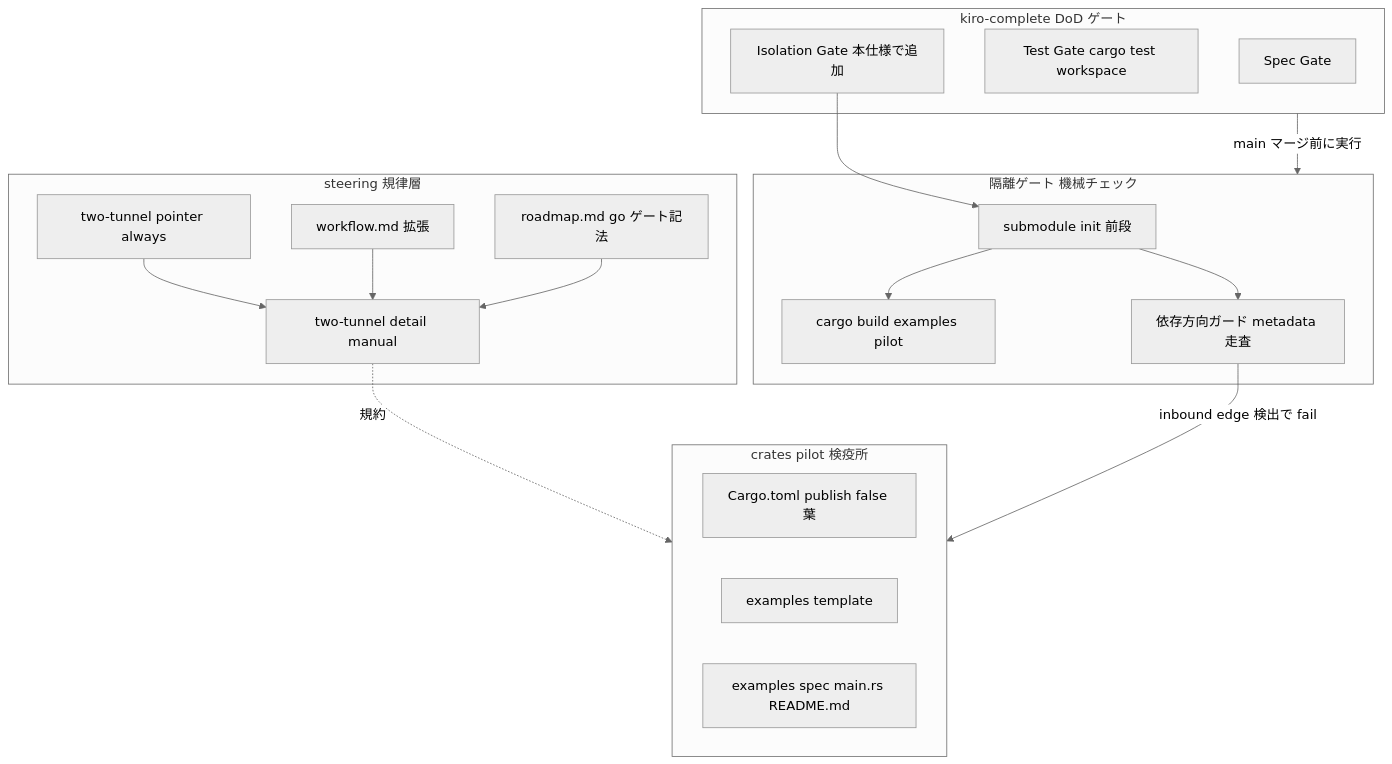
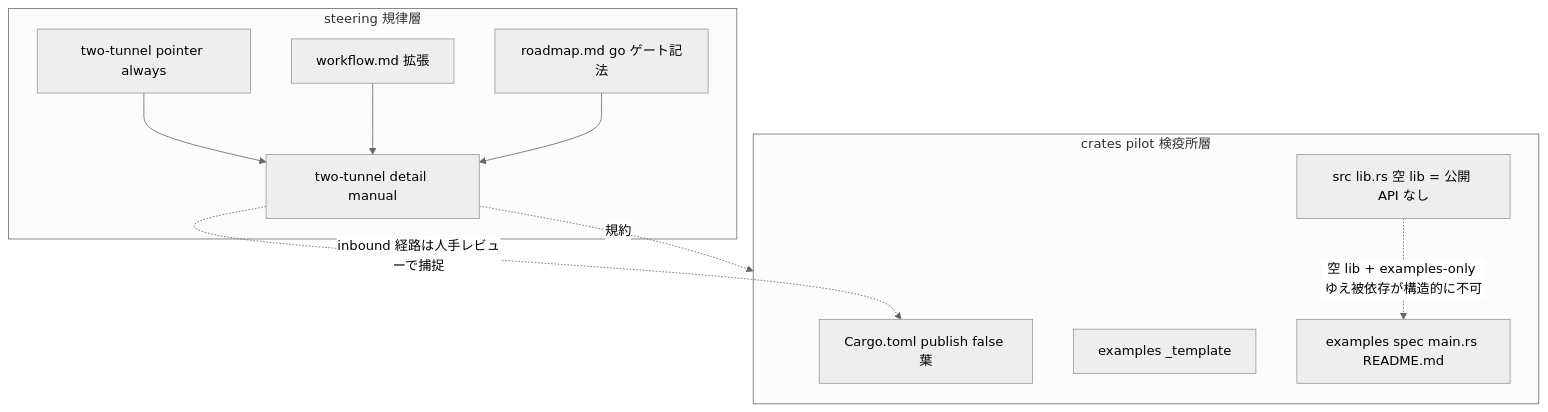
Before and after one commit to ekicyou/areka: the first of 2 diagrams in .kiro/specs/kiro-P0-two-tunnel-model/design.md, drawn with Mermaid (neutral theme). The commit also changed other lines of this file and 2 other files, not shown here.

First line of the commit message:
docs(kiro-P0-two-tunnel-model): resolve design discussion #1 - descope machine gate to structural isolation (Light path)

````diff
--- a/.kiro/specs/kiro-P0-two-tunnel-model/design.md
+++ b/.kiro/specs/kiro-P0-two-tunnel-model/design.md
@@ -105,34 +108,22 @@
 ```mermaid
 graph TB
     subgraph Steering[steering 規律層]
         Pointer[two-tunnel pointer always]
         Detail[two-tunnel detail manual]
         Workflow[workflow.md 拡張]
         Roadmap[roadmap.md go ゲート記法]
     end
-    subgraph Pilot[crates pilot 検疫所]
+    subgraph Pilot[crates pilot 検疫所層]
         Cargo[Cargo.toml publish false 葉]
-        Template[examples template]
+        Lib[src lib.rs 空 lib = 公開 API なし]
+        Template[examples _template]
         SpecDir[examples spec main.rs README.md]
-    end
-    subgraph Gate[隔離ゲート 機械チェック]
-        Submodule[submodule init 前段]
-        Build[cargo build examples pilot]
-        Guard[依存方向ガード metadata 走査]
-    end
-    subgraph Complete[kiro-complete DoD ゲート]
-        SpecGate[Spec Gate]
-        TestGate[Test Gate cargo test workspace]
-        IsoGate[Isolation Gate 本仕様で追加]
     end
 
     Pointer --> Detail
     Workflow --> Detail
     Roadmap --> Detail
     Detail -.規約.-> Pilot
-    Submodule --> Build
-    Submodule --> Guard
-    Guard -->|inbound edge 検出で fail| Pilot
-    IsoGate --> Submodule
-    Complete -->|main マージ前に実行| Gate
+    Lib -.空 lib + examples-only ゆえ被依存が構造的に不可.-> SpecDir
+    Detail -.inbound 経路は人手レビューで捕捉.-> Cargo
 ```
````
